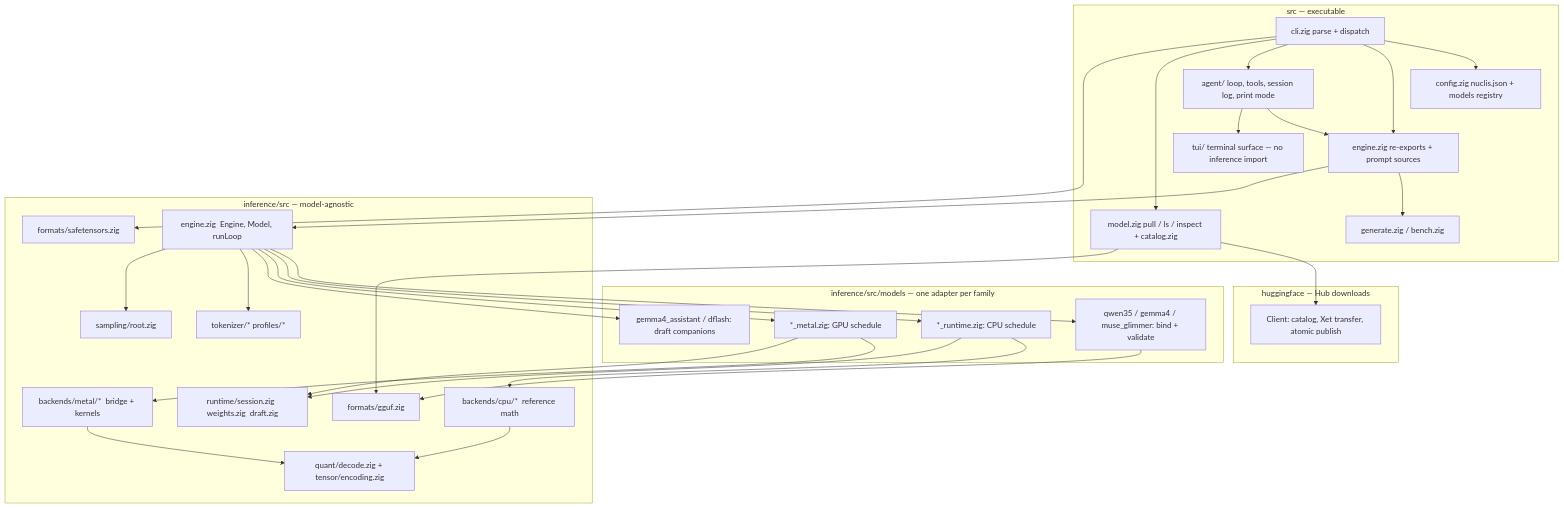
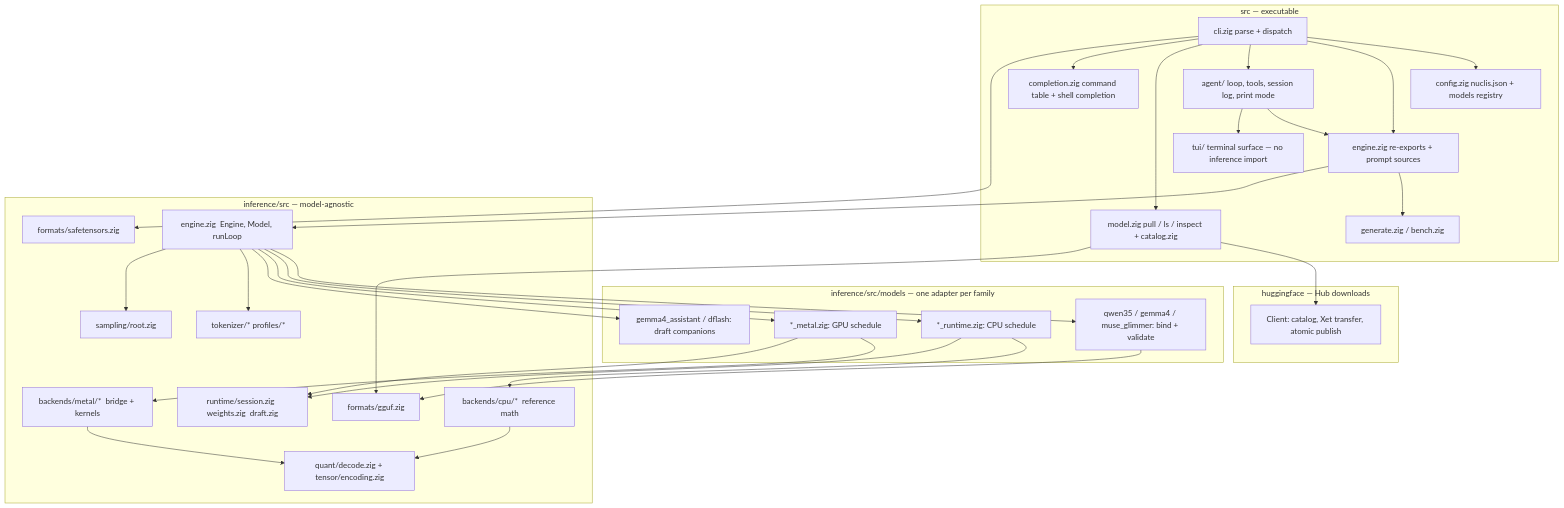
One commit to tildaslashalef/nuclis changed the second of 10 diagrams in docs/architecture.md. Above: the diagram before and after it, drawn with Mermaid. The commit also changed 10 other files, not shown here.

Commit message:
feat(nuclis): shell completion answered by the binary; make install (APPS-18)

````diff
--- a/docs/architecture.md
+++ b/docs/architecture.md
@@ -70,56 +70,58 @@
 ```mermaid
 flowchart TB
     subgraph exe [src — executable]
         cli[cli.zig parse + dispatch]
+        completion[completion.zig command table + shell completion]
         config[config.zig nuclis.json + models registry]
         tui[tui/ terminal surface — no inference import]
         agent[agent/ loop, tools, session log, print mode]
         engine[engine.zig re-exports + prompt sources]
         gen[generate.zig / bench.zig]
         model[model.zig pull / ls / inspect + catalog.zig]
     end
     subgraph hfpkg [huggingface — Hub downloads]
         hf[Client: catalog, Xet transfer, atomic publish]
     end
     subgraph models [inference/src/models — one adapter per family]
         bind[qwen35 / gemma4 / muse_glimmer: bind + validate]
         rt[*_runtime.zig: CPU schedule]
         plan[*_metal.zig: GPU schedule]
         draft[gemma4_assistant / dflash: draft companions]
     end
     subgraph shared [inference/src — model-agnostic]
         gguf[formats/gguf.zig]
         st[formats/safetensors.zig]
         quant[quant/decode.zig + tensor/encoding.zig]
         tok[tokenizer/*  profiles/*]
         sess[runtime/session.zig  weights.zig  draft.zig]
         eng[engine.zig  Engine, Model, runLoop]
         samp[sampling/root.zig]
         cpu[backends/cpu/*  reference math]
         metal[backends/metal/*  bridge + kernels]
     end
     cli --> config
     cli --> engine
     cli --> agent
     cli --> model
+    cli --> completion
     model --> hf
     model --> gguf
     cli --> st
     agent --> engine
     agent --> tui
     engine --> gen
     engine --> eng
     eng --> bind
     eng --> rt
     eng --> plan
     eng --> draft
     eng --> tok
     eng --> samp
     bind --> gguf
     rt --> cpu
     rt --> sess
     plan --> metal
     plan --> sess
     metal --> quant
     cpu --> quant
 ```
````
